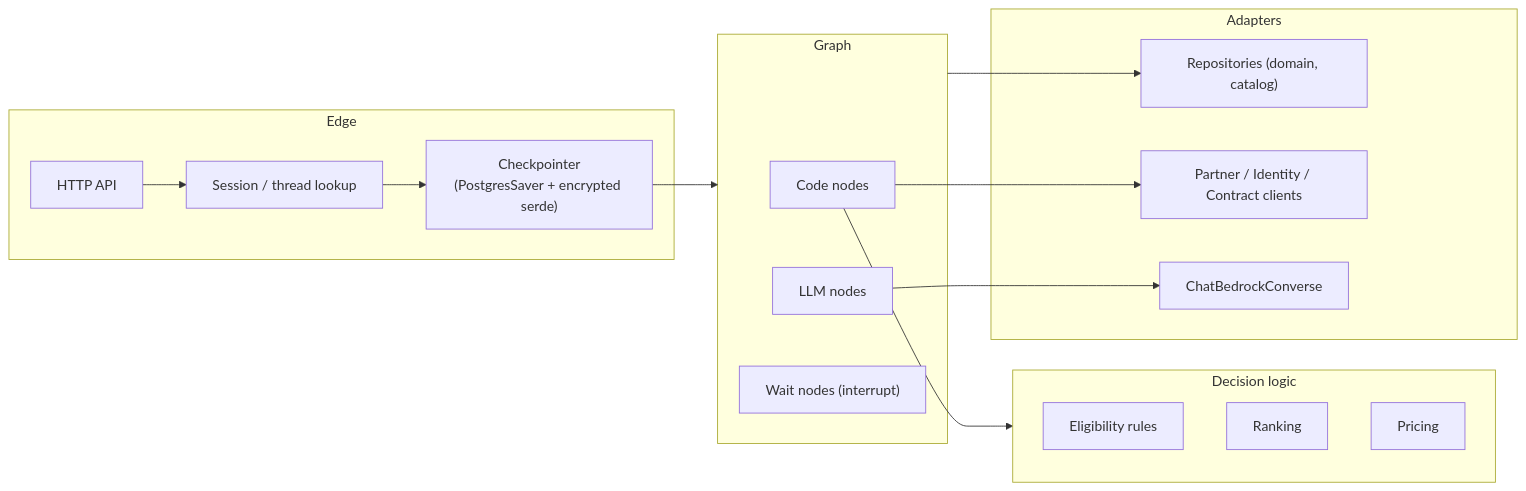
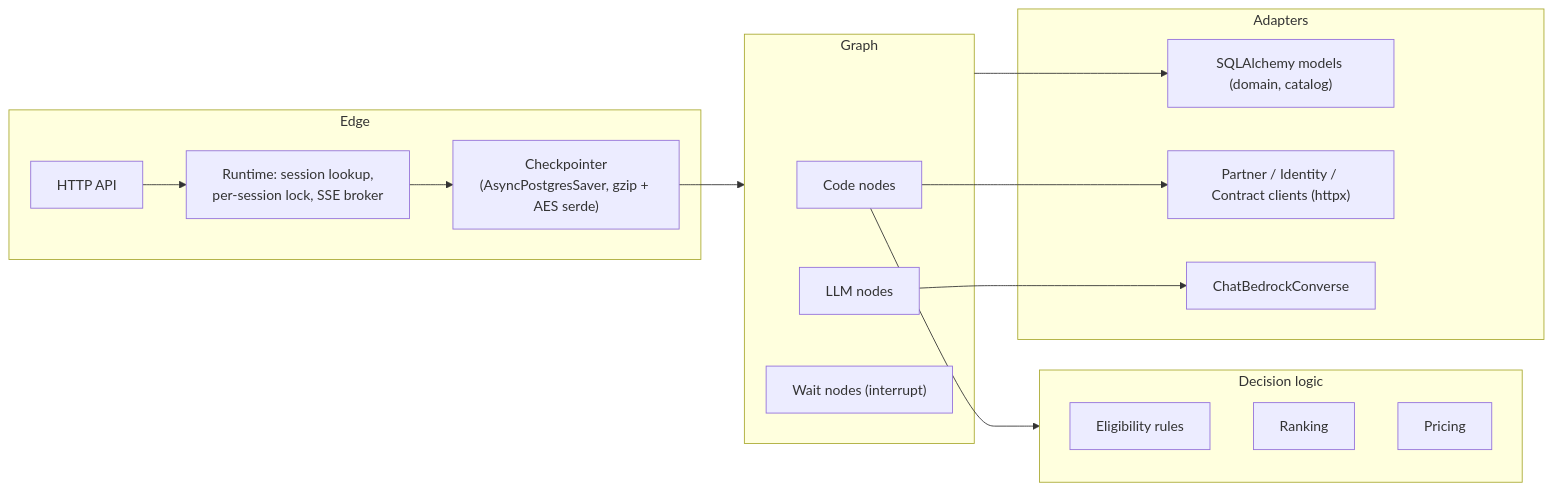
Before and after one commit to pjh4993/insurance-onboarding-assistant: the third of 3 diagrams in docs/solution-architecture.md, drawn with Mermaid. The commit also changed other lines of this file and 12 other files, not shown here.

````diff
--- a/docs/solution-architecture.md
+++ b/docs/solution-architecture.md
@@ -131,28 +144,28 @@
 ```mermaid
 flowchart LR
     subgraph edge["Edge"]
         http["HTTP API"]
-        threads["Session / thread lookup"]
-        saver["Checkpointer<br/>(PostgresSaver + encrypted serde)"]
+        threads["Runtime: session lookup,<br/>per-session lock, SSE broker"]
+        saver["Checkpointer<br/>(AsyncPostgresSaver, gzip + AES serde)"]
     end
     subgraph g["Graph"]
         code["Code nodes"]
         llmn["LLM nodes"]
         wait["Wait nodes (interrupt)"]
     end
     subgraph logic["Decision logic"]
         elig["Eligibility rules"]
         rank["Ranking"]
         price["Pricing"]
     end
     subgraph adapters["Adapters"]
-        repo["Repositories (domain, catalog)"]
-        clients["Partner / Identity / Contract clients"]
+        repo["SQLAlchemy models (domain, catalog)"]
+        clients["Partner / Identity / Contract clients (httpx)"]
         bedrock["ChatBedrockConverse"]
     end
     http --> threads --> saver --> g
     code --> logic
     code --> clients
     llmn --> bedrock
     g --> repo
 ```
````
